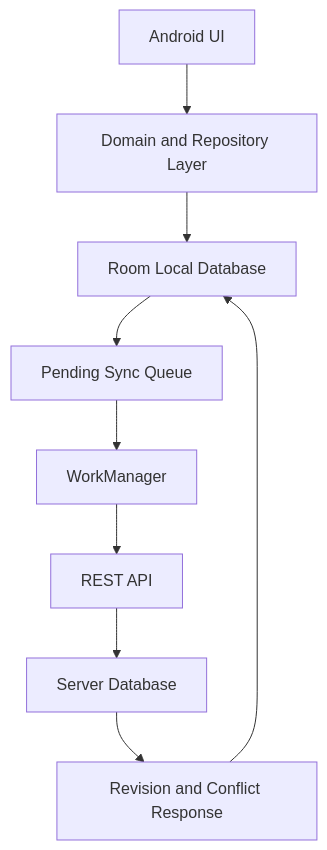
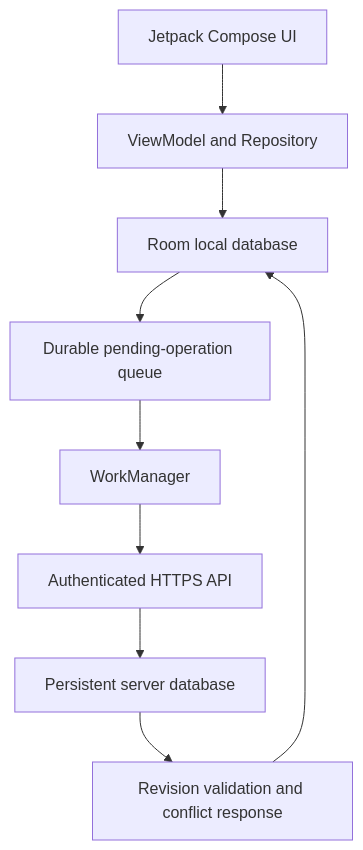
The diagram in README.md (tracolerd/fieldaudit), drawn with Mermaid before and after one commit. The commit also changed other lines of this file, not shown here.

```diff
--- a/README.md
+++ b/README.md
@@ -36,11 +38,11 @@
 ~~~mermaid
 flowchart TD
-    A[Android UI] --> B[Domain and Repository Layer]
-    B --> C[Room Local Database]
-    C --> D[Pending Sync Queue]
+    A[Jetpack Compose UI] --> B[ViewModel and Repository]
+    B --> C[Room local database]
+    C --> D[Durable pending-operation queue]
     D --> E[WorkManager]
-    E --> F[REST API]
-    F --> G[Server Database]
-    G --> H[Revision and Conflict Response]
+    E --> F[Authenticated HTTPS API]
+    F --> G[Persistent server database]
+    G --> H[Revision validation and conflict response]
     H --> C
 ~~~
```
